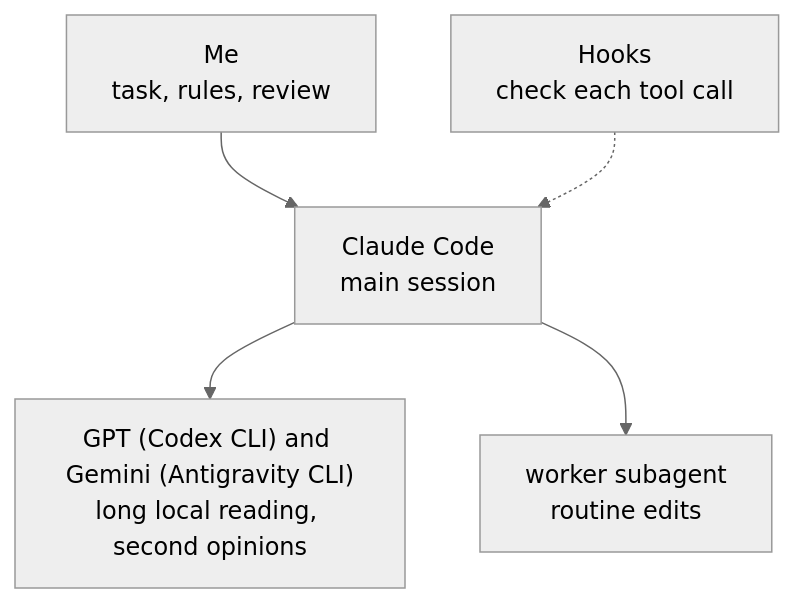
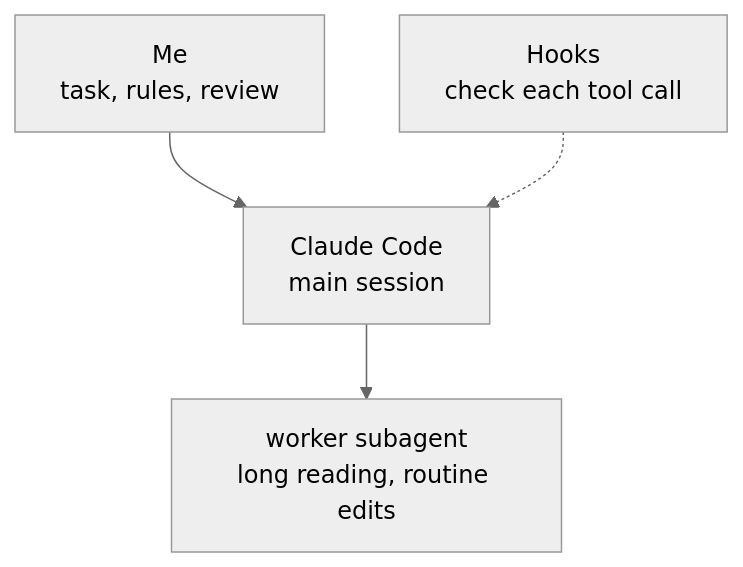
The diagram in docs/features.md (tigran-martirosian/ai-coding-setup), drawn with Mermaid (neutral theme) before and after one commit. The commit also changed other lines of this file and 54 other files, not shown here.

Commit message:
1.0.77: long reading goes to Claude's own helpers, outside workers removed, planner writes the job list, blind-screen-review

````diff
--- a/docs/features.md
+++ b/docs/features.md
@@ -34,12 +34,10 @@
 ```mermaid
 flowchart TD
   me["Me<br>task, rules, review"]
   hooks["Hooks<br>check each tool call"]
   main["Claude Code<br>main session"]
-  ext["GPT (Codex CLI) and Gemini (Antigravity CLI)<br>long local reading, second opinions"]
-  worker["worker subagent<br>routine edits"]
+  worker["worker subagent<br>long reading, routine edits"]
   me --> main
   hooks -.-> main
-  main --> ext
   main --> worker
 ```
````
